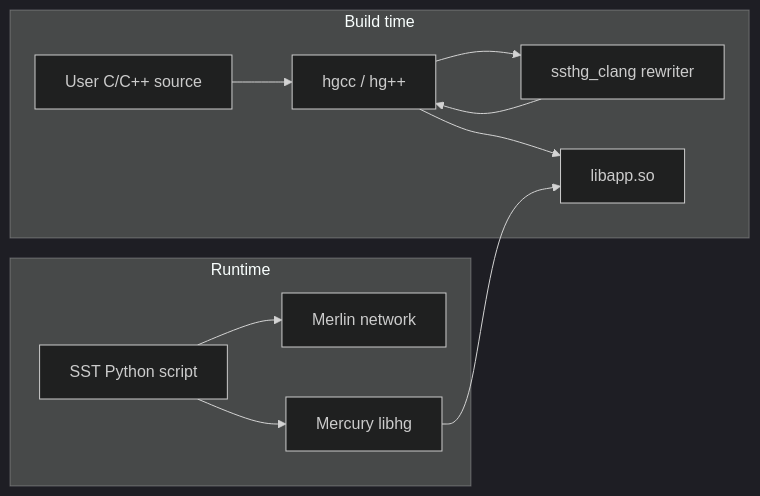
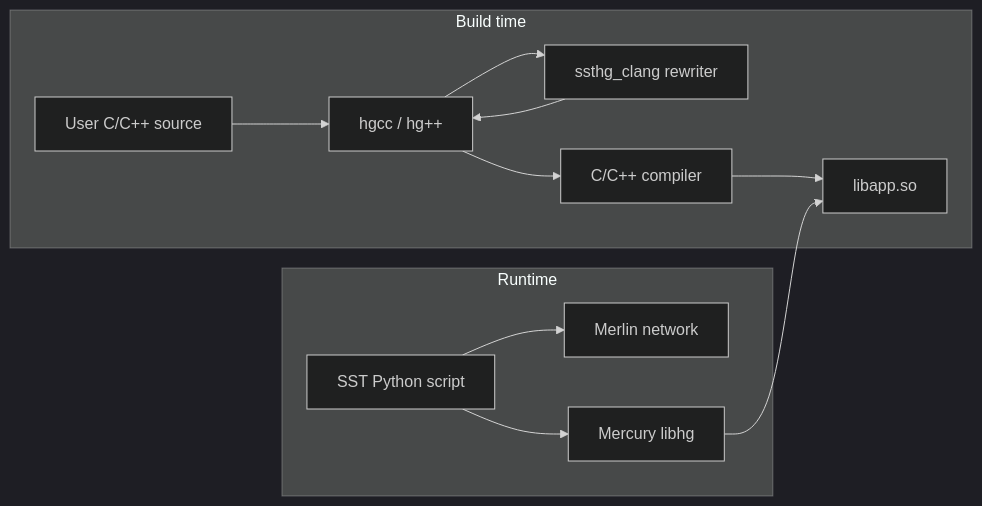
Before and after one commit to sstsimulator/sst-hgcc: the diagram in README.md, drawn with Mermaid (dark theme). The commit also changed other lines of this file, not shown here.

````diff
--- a/README.md
+++ b/README.md
@@ -16,18 +16,19 @@
 ```mermaid
 flowchart LR
   subgraph buildTime [Build time]
     src[User C/C++ source]
     hgcc[hgcc / hg++]
     clang[ssthg_clang rewriter]
+    compiler[C/C++ compiler]
     so["libapp.so"]
-    src --> hgcc --> clang --> hgcc --> so
+    src --> hgcc --> clang --> hgcc --> compiler --> so
   end
   subgraph runTime [Runtime]
     sstPy[SST Python script]
     merlin[Merlin network]
     hg[Mercury libhg]
     sstPy --> merlin
     sstPy --> hg
     hg --> so
   end
 ```
````
